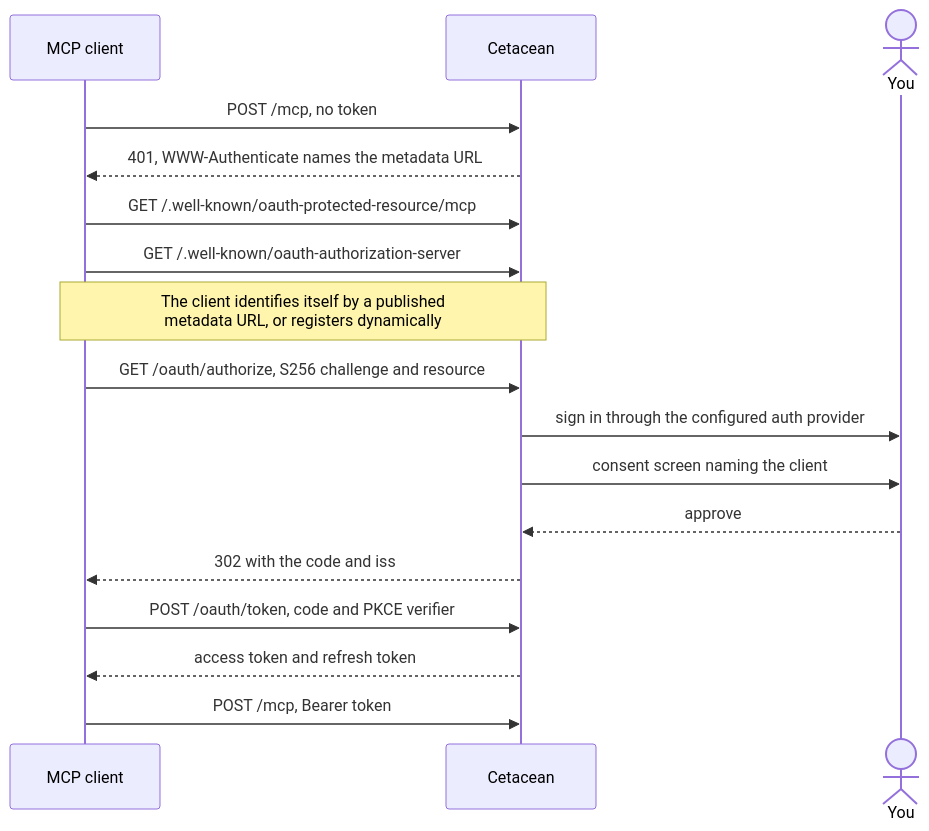
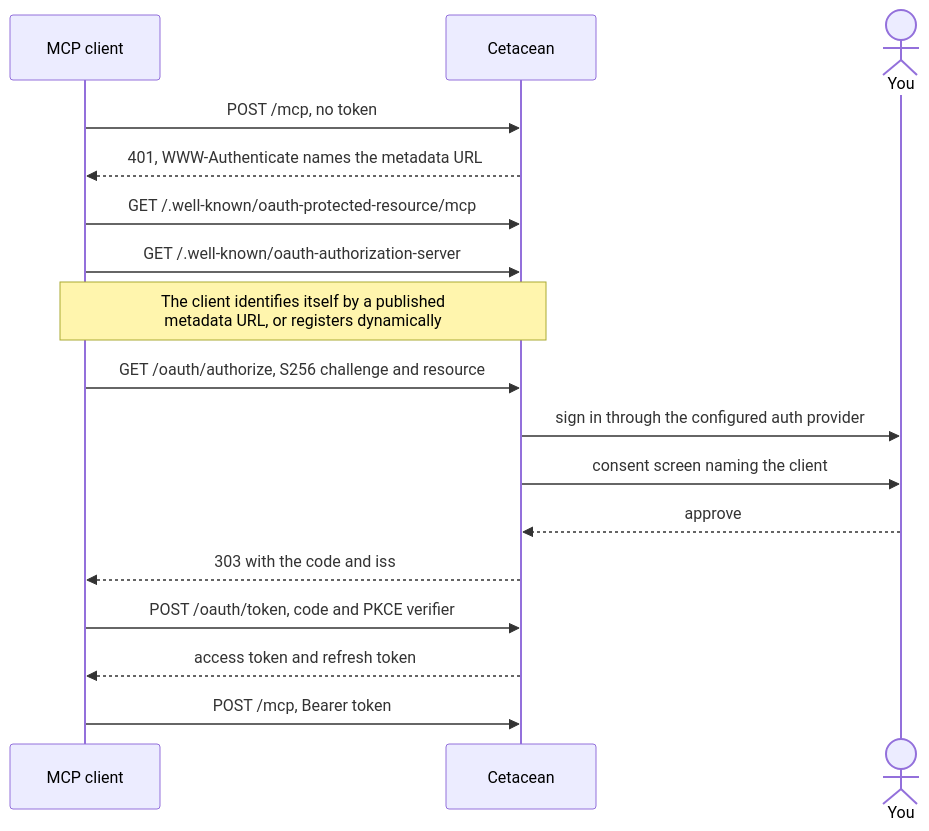
Before and after one commit to Radiergummi/cetacean: the diagram in docs/mcp.md, drawn with Mermaid. The commit also changed 28 other files, not shown here.

````diff
--- a/docs/mcp.md
+++ b/docs/mcp.md
@@ -176,23 +176,23 @@
 ```mermaid
 sequenceDiagram
     accTitle: How an MCP client gets an access token
     accDescr: The client discovers the authorization server from a 401, identifies itself, sends you through your auth provider and a consent screen, then exchanges the code for an access token scoped to this deployment.
 
     participant client as MCP client
     participant cetacean as Cetacean
     actor you as You
 
     client->>cetacean: POST /mcp, no token
     cetacean-->>client: 401, WWW-Authenticate names the metadata URL
     client->>cetacean: GET /.well-known/oauth-protected-resource/mcp
     client->>cetacean: GET /.well-known/oauth-authorization-server
     Note over client,cetacean: The client identifies itself by a published<br/>metadata URL, or registers dynamically
     client->>cetacean: GET /oauth/authorize, S256 challenge and resource
     cetacean->>you: sign in through the configured auth provider
     cetacean->>you: consent screen naming the client
     you-->>cetacean: approve
-    cetacean-->>client: 302 with the code and iss
+    cetacean-->>client: 303 with the code and iss
     client->>cetacean: POST /oauth/token, code and PKCE verifier
     cetacean-->>client: access token and refresh token
     client->>cetacean: POST /mcp, Bearer token
 ```
````
